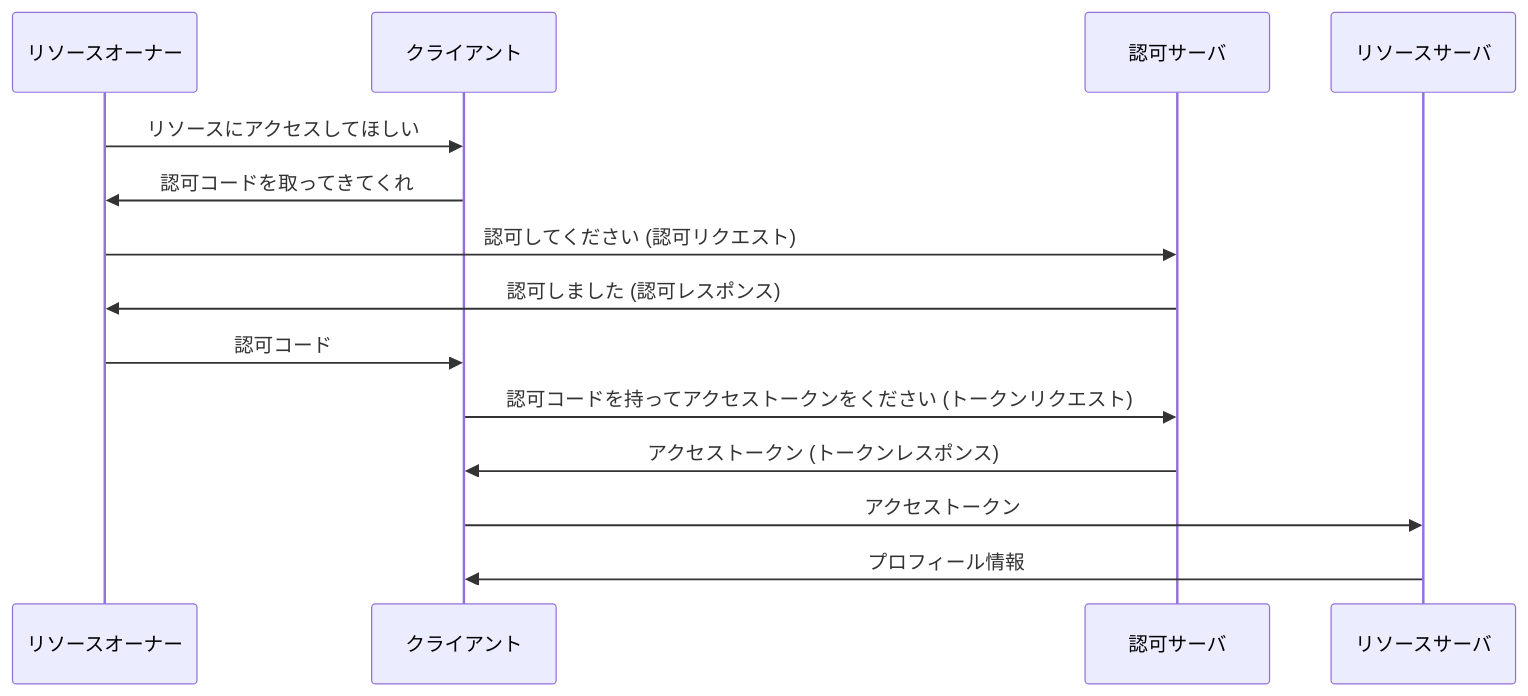
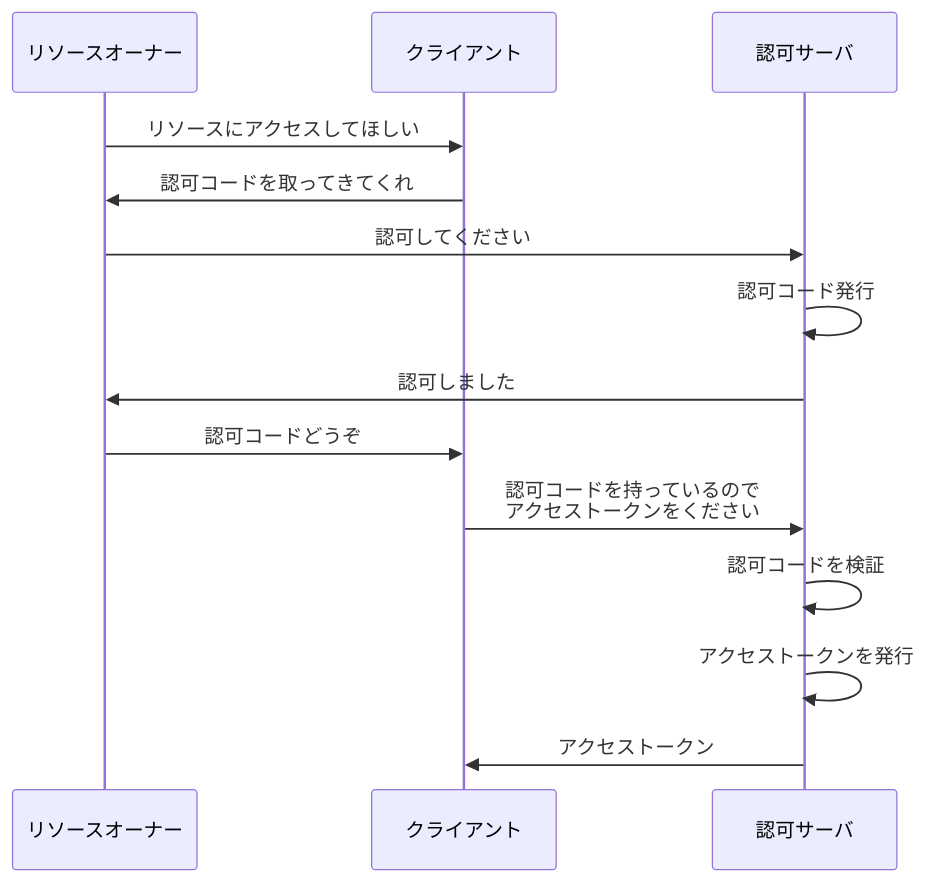
One commit to calloc134/zenn-dir changed diagram 18 of 20 in articles/5e8da6c491e720.md. Above: the diagram before and after it, drawn with Mermaid. The commit also changed other lines of this file, not shown here.

````diff
--- a/articles/5e8da6c491e720.md
+++ b/articles/5e8da6c491e720.md
@@ -1666,17 +1656,17 @@
 ```mermaid
 sequenceDiagram
     participant リソースオーナー
     participant クライアント
     participant 認可サーバ
-    participant リソースサーバ
 
     リソースオーナー->>クライアント: リソースにアクセスしてほしい
     クライアント->>リソースオーナー: 認可コードを取ってきてくれ
-    リソースオーナー->>認可サーバ: 認可してください (認可リクエスト)
-    認可サーバ->>リソースオーナー: 認可しました (認可レスポンス)
-    リソースオーナー->>クライアント: 認可コード
-    クライアント->>認可サーバ: 認可コードを持ってアクセストークンをください (トークンリクエスト)
-    認可サーバ->>クライアント: アクセストークン (トークンレスポンス)
-    クライアント->>リソースサーバ: アクセストークン
-    リソースサーバ->>クライアント: プロフィール情報
+    リソースオーナー->>認可サーバ: 認可してください
+    認可サーバ->>認可サーバ: 認可コード発行
+    認可サーバ->>リソースオーナー: 認可しました
+    リソースオーナー->>クライアント: 認可コードどうぞ
+    クライアント->>認可サーバ: 認可コードを持っているので<br>アクセストークンをください
+    認可サーバ->>認可サーバ: 認可コードを検証
+    認可サーバ->>認可サーバ: アクセストークンを発行
+    認可サーバ->>クライアント: アクセストークン
 ```
````
